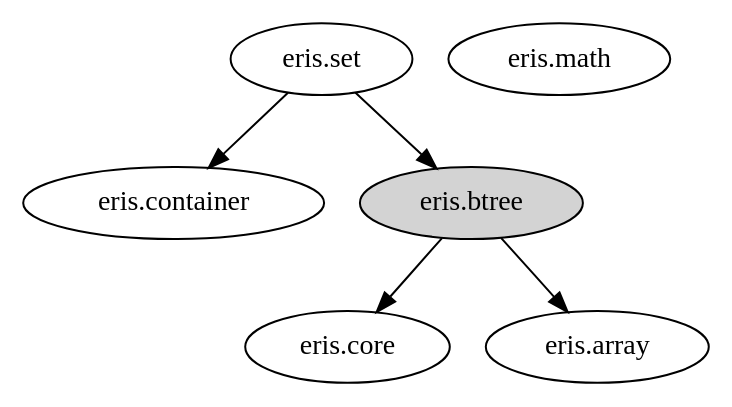
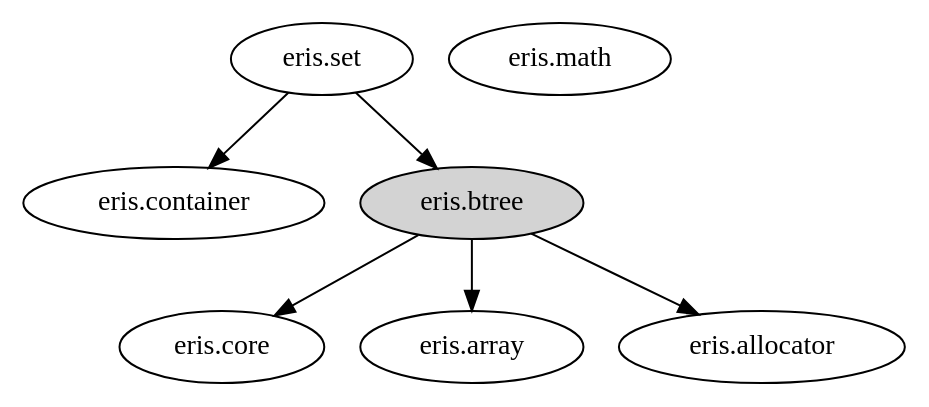
Before and after one commit to baioc/eris: the diagram in deps.dot, drawn with Graphviz. The commit also changed 11 other files, not shown here.

First line of the commit message:
Add (M)allocator and use it to make BTree @nogc

```diff
--- a/deps.dot
+++ b/deps.dot
@@ -1,19 +1,22 @@
 strict digraph eris {
 	rankdir="TB";
 
 	core [label="eris.core"];
 
+	math [label="eris.math"];
+
 	array [label="eris.array"];
-
-	math [label="eris.math"];
 
 	container [label="eris.container"];
 
+	allocator [label="eris.allocator"];
+
 	btree [label="eris.btree", style="filled", fillcolor="lightgray"];
 	btree -> core;
+	btree -> allocator;
 	btree -> array;
 
 	set [label="eris.set"];
 	set -> container;
 	set -> btree;
 }
```
